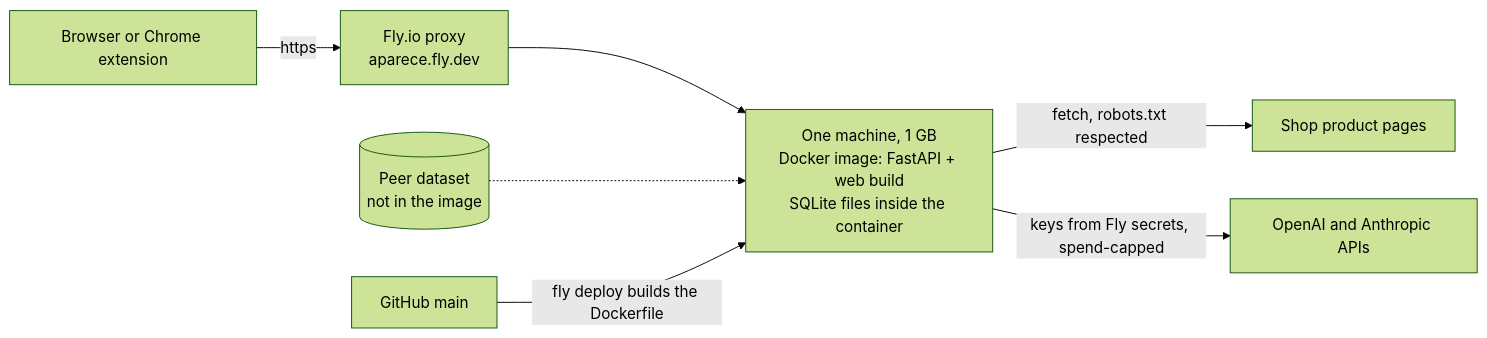
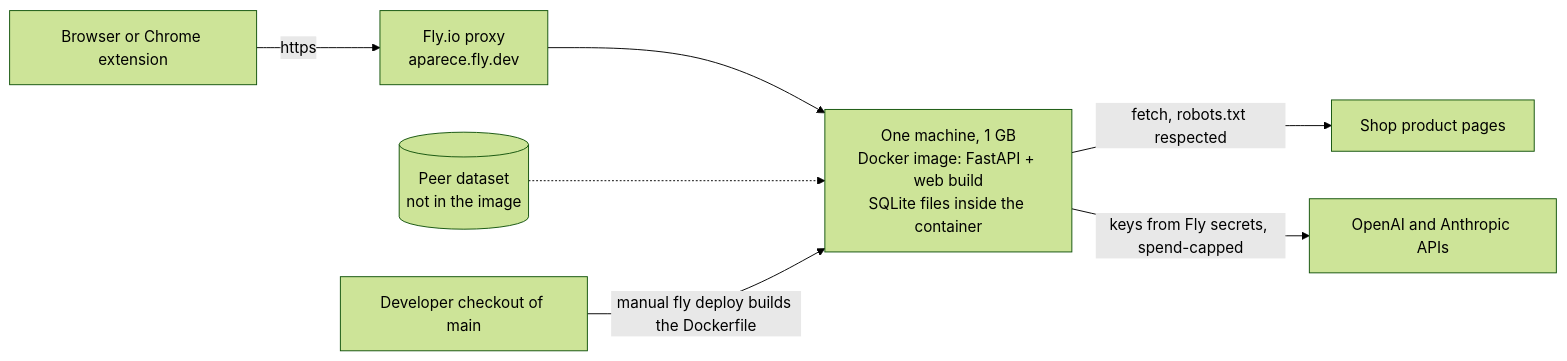
One commit to 1n1t6Sh3ll/Aparece changed the second of 2 diagrams in docs/ARCHITECTURE.md. Above: the diagram before and after it, drawn with Mermaid (forest theme). The commit also changed other lines of this file and 1 other file, not shown here.

Commit message:
docs: deploys are manual (diagram and text), README live URL as a link
Addresses the #159 review: the GitHub -> deploy arrow implied automatic deploys; Fly builds the Dockerfile itself and the GHCR image is separate.

````diff
--- a/docs/ARCHITECTURE.md
+++ b/docs/ARCHITECTURE.md
@@ -74,9 +74,9 @@
 ```mermaid
 flowchart LR
   B["Browser or Chrome extension"] -->|https| FLY["Fly.io proxy<br/>aparece.fly.dev"]
   FLY --> APP["One machine, 1 GB<br/>Docker image: FastAPI + web build<br/>SQLite files inside the container"]
   APP -->|"fetch, robots.txt respected"| SHOP["Shop product pages"]
   APP -->|"keys from Fly secrets, spend-capped"| LLM["OpenAI and Anthropic APIs"]
   PEER[("Peer dataset<br/>not in the image")] -.-> APP
-  GH["GitHub main"] -->|"fly deploy builds the Dockerfile"| APP
+  DEV["Developer checkout of main"] -->|"manual fly deploy builds the Dockerfile"| APP
 ```
````
